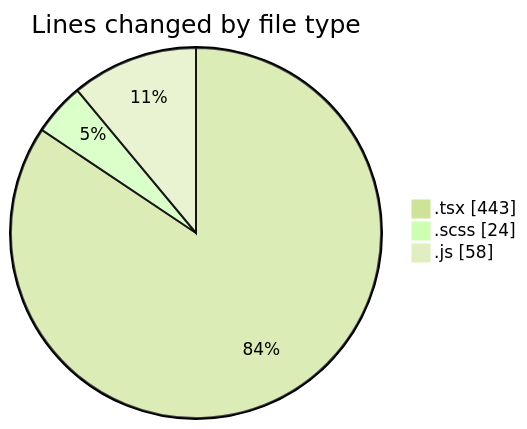
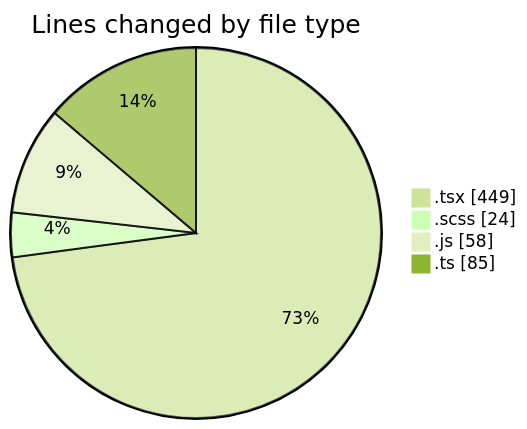
Before and after one commit to momahboobian/code-tracking: the first of 2 diagrams in 2025-05-02/cda/README.md, drawn with Mermaid (forest theme). The commit also changed other lines of this file and 1 other file, not shown here.

````diff
--- a/2025-05-02/cda/README.md
+++ b/2025-05-02/cda/README.md
@@ -23,7 +24,8 @@
 ```mermaid
 pie showData
 title Lines changed by file type
-".tsx" : 443
+".tsx" : 449
 ".scss" : 24
 ".js" : 58
+".ts" : 85
 ```
````
